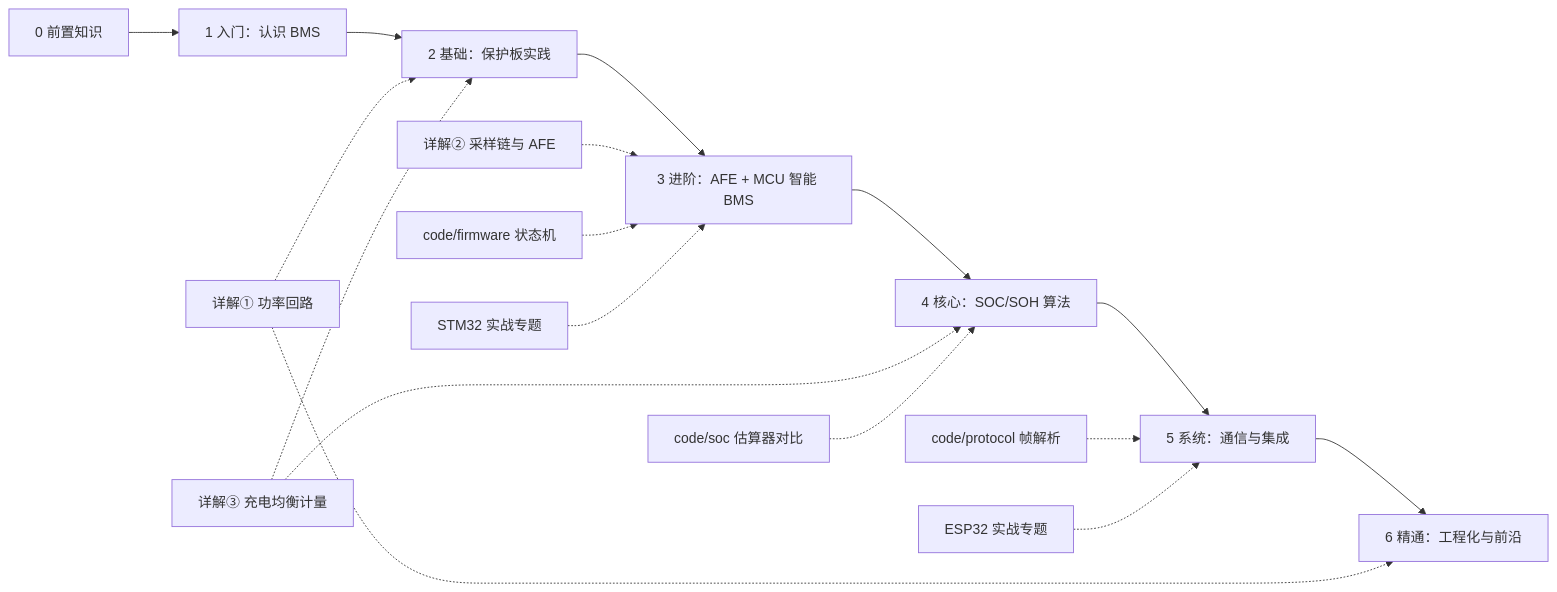
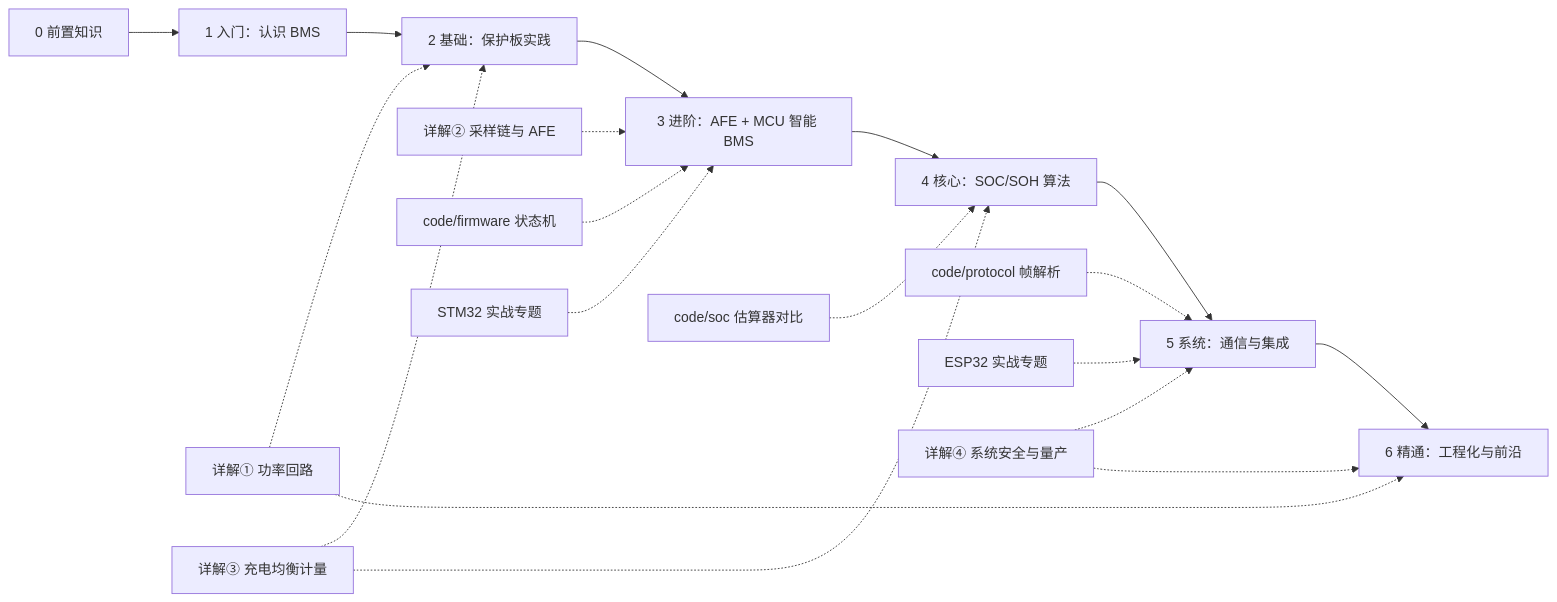
One commit to zhuguang-ZFG/BMS-Z changed the diagram in docs/bms-resources.md. Above: the diagram before and after it, drawn with Mermaid. The commit also changed other lines of this file and 13 other files, not shown here.

````diff
--- a/docs/bms-resources.md
+++ b/docs/bms-resources.md
@@ -9,20 +9,22 @@
 ```mermaid
 flowchart LR
     A["0 前置知识"] --> B["1 入门：认识 BMS"]
     B --> C["2 基础：保护板实践"]
     C --> D["3 进阶：AFE + MCU 智能 BMS"]
     D --> E["4 核心：SOC/SOH 算法"]
     E --> F["5 系统：通信与集成"]
     F --> G["6 精通：工程化与前沿"]
 
     H["详解① 功率回路"] -.-> C
     H -.-> G
     I["详解② 采样链与 AFE"] -.-> D
     J["详解③ 充电均衡计量"] -.-> C
     J -.-> E
     K["code/firmware 状态机"] -.-> D
     L["code/soc 估算器对比"] -.-> E
     M["code/protocol 帧解析"] -.-> F
     N["STM32 实战专题"] -.-> D
     O["ESP32 实战专题"] -.-> F
+    P["详解④ 系统安全与量产"] -.-> F
+    P -.-> G
 ```
````
